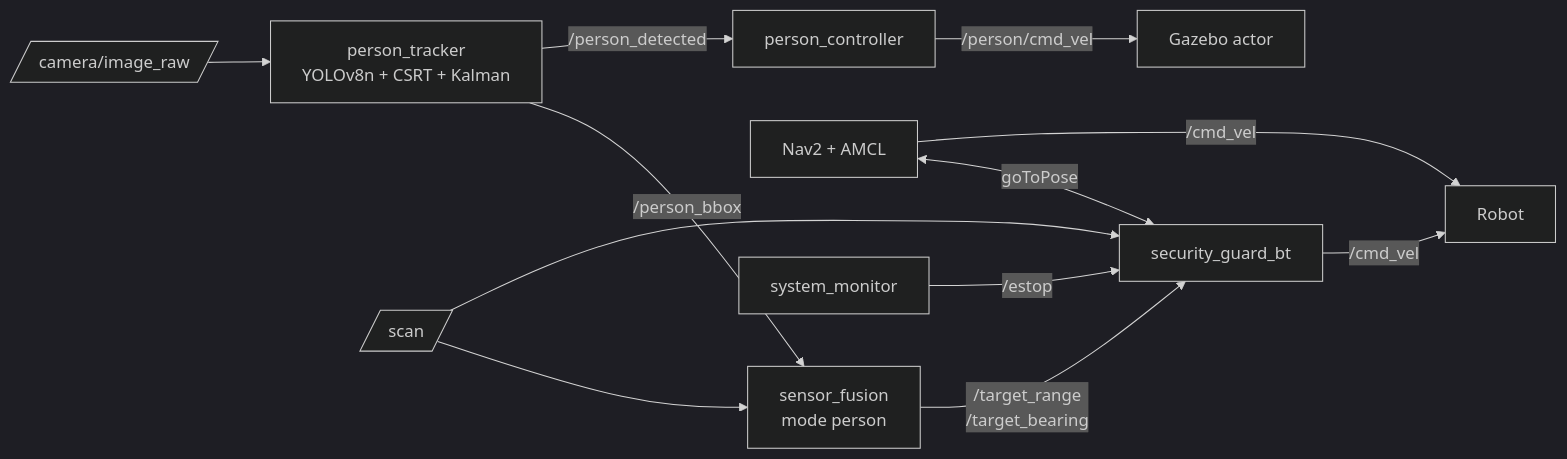
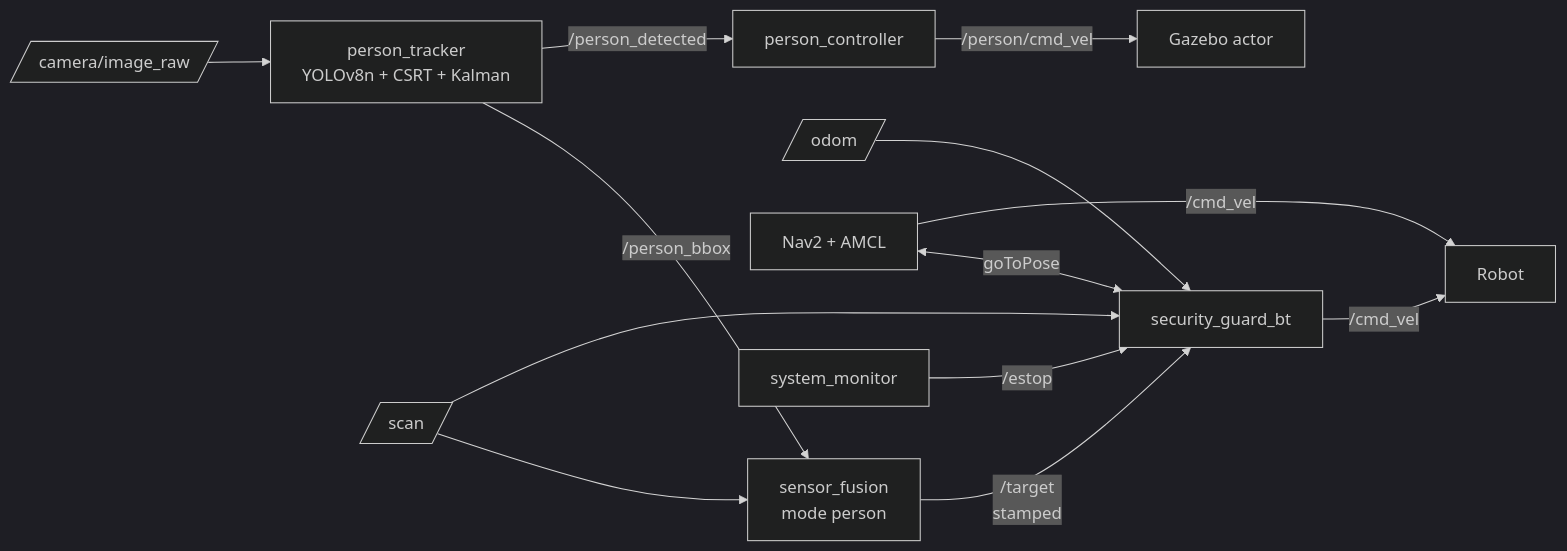
The diagram in README.md (OrtizDiego/AutoNav_Sim), drawn with Mermaid (dark theme) before and after one commit. The commit also changed other lines of this file and 18 other files, not shown here.

````diff
--- a/README.md
+++ b/README.md
@@ -68,14 +68,15 @@
 ```mermaid
 graph LR
     CAM[/camera/image_raw/] --> PT[person_tracker<br/>YOLOv8n + CSRT + Kalman]
     PT -->|/person_bbox| SF[sensor_fusion<br/>mode person]
     SCAN[/scan/] --> SF
-    SF -->|/target_range<br/>/target_bearing| BT[security_guard_bt]
+    SF -->|/target<br/>stamped| BT[security_guard_bt]
     SCAN --> BT
+    ODOM[/odom/] --> BT
     NAV[Nav2 + AMCL] <-->|goToPose| BT
     BT -->|/cmd_vel| ROBOT[Robot]
     NAV -->|/cmd_vel| ROBOT
     PT -->|/person_detected| PC[person_controller]
     PC -->|/person/cmd_vel| ACTOR[Gazebo actor]
     SM[system_monitor] -->|/estop| BT
 ```
````
